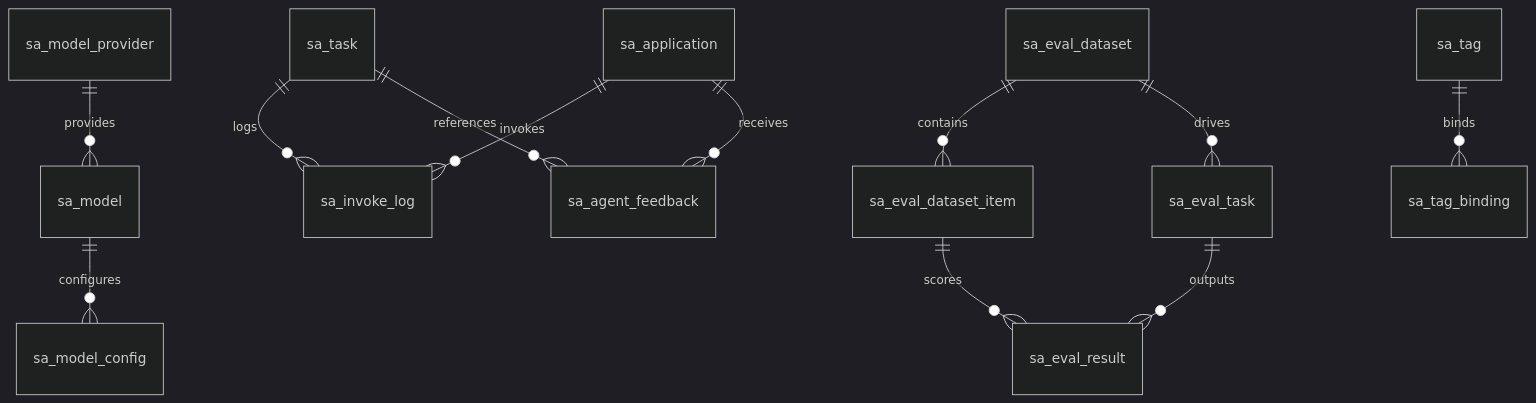
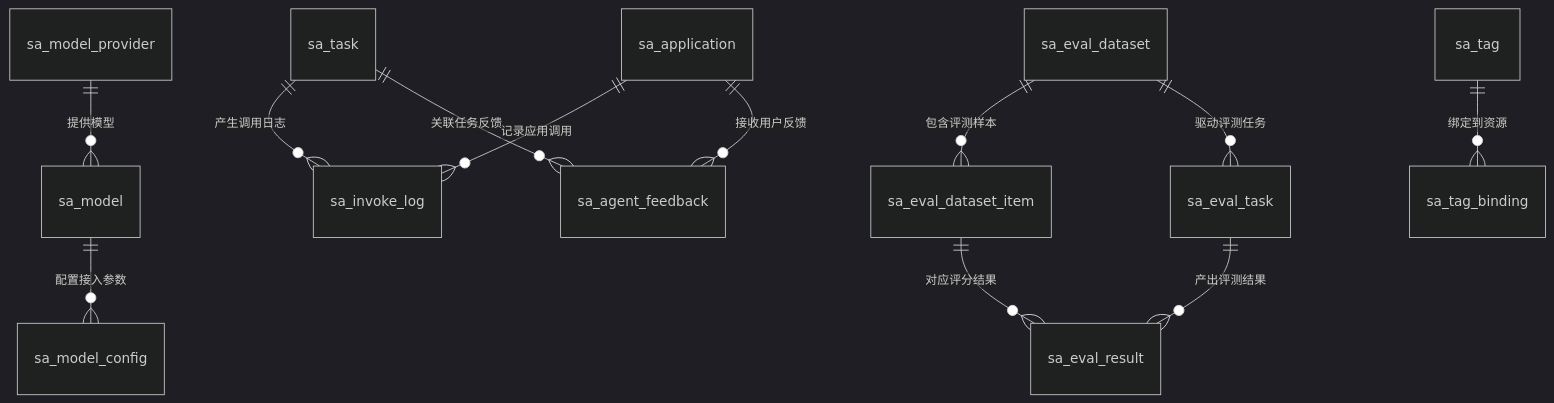
The fifth of 5 diagrams in .claude/sophicAgent/数据库结构设计.md (tenysys/spring-ai-alibaba), drawn with Mermaid (dark theme) before and after one commit. The commit also changed other lines of this file and 9 other files, not shown here.

````diff
--- a/.claude/sophicAgent/数据库结构设计.md
+++ b/.claude/sophicAgent/数据库结构设计.md
@@ -385,14 +411,14 @@
 ```mermaid
 erDiagram
-    sa_model_provider ||--o{ sa_model : provides
-    sa_model ||--o{ sa_model_config : configures
-    sa_task ||--o{ sa_invoke_log : logs
-    sa_application ||--o{ sa_invoke_log : invokes
-    sa_application ||--o{ sa_agent_feedback : receives
-    sa_task ||--o{ sa_agent_feedback : references
-    sa_eval_dataset ||--o{ sa_eval_dataset_item : contains
-    sa_eval_dataset ||--o{ sa_eval_task : drives
-    sa_eval_task ||--o{ sa_eval_result : outputs
-    sa_eval_dataset_item ||--o{ sa_eval_result : scores
-    sa_tag ||--o{ sa_tag_binding : binds
+    sa_model_provider ||--o{ sa_model : 提供模型
+    sa_model ||--o{ sa_model_config : 配置接入参数
+    sa_task ||--o{ sa_invoke_log : 产生调用日志
+    sa_application ||--o{ sa_invoke_log : 记录应用调用
+    sa_application ||--o{ sa_agent_feedback : 接收用户反馈
+    sa_task ||--o{ sa_agent_feedback : 关联任务反馈
+    sa_eval_dataset ||--o{ sa_eval_dataset_item : 包含评测样本
+    sa_eval_dataset ||--o{ sa_eval_task : 驱动评测任务
+    sa_eval_task ||--o{ sa_eval_result : 产出评测结果
+    sa_eval_dataset_item ||--o{ sa_eval_result : 对应评分结果
+    sa_tag ||--o{ sa_tag_binding : 绑定到资源
 ```
````
